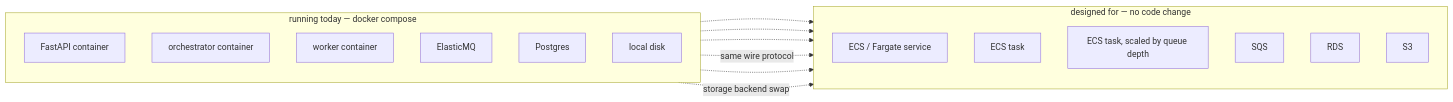
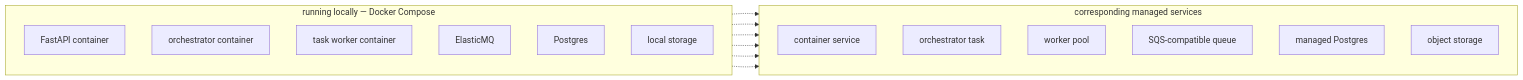
The first of 15 diagrams in DESIGN.md (ebrahimAlhaddad/agentics-multi-agent-system), drawn with Mermaid before and after one commit. The commit also changed other lines of this file, not shown here.

````diff
--- a/DESIGN.md
+++ b/DESIGN.md
@@ -137,29 +139,29 @@
 ```mermaid
 flowchart LR
-  subgraph LOCAL["running today — docker compose"]
+  subgraph LOCAL["running locally — Docker Compose"]
     direction TB
     L1["FastAPI container"]
     L2["orchestrator container"]
-    L3["worker container"]
+    L3["task worker container"]
     L4["ElasticMQ"]
     L5["Postgres"]
-    L6["local disk"]
+    L6["local storage"]
   end
 
-  subgraph AWS["designed for — no code change"]
+  subgraph TARGET["corresponding managed services"]
     direction TB
-    A1["ECS / Fargate service"]
-    A2["ECS task"]
-    A3["ECS task, scaled by queue depth"]
-    A4["SQS"]
-    A5["RDS"]
-    A6["S3"]
+    A1["container service"]
+    A2["orchestrator task"]
+    A3["worker pool"]
+    A4["SQS-compatible queue"]
+    A5["managed Postgres"]
+    A6["object storage"]
   end
 
   L1 -.-> A1
   L2 -.-> A2
   L3 -.-> A3
-  L4 -.->|"same wire protocol"| A4
+  L4 -.-> A4
   L5 -.-> A5
-  L6 -.->|"storage backend swap"| A6
+  L6 -.-> A6
 ```
````
